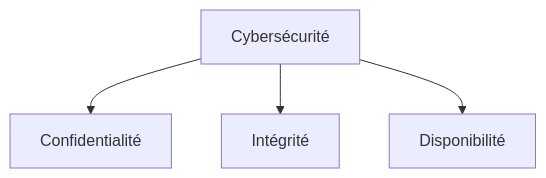
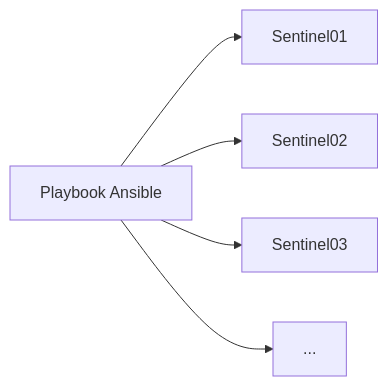
Before and after one commit to tdelaclos/formations: the first of 4 diagrams in campagne 9/9.1.md, drawn with Mermaid. The commit also changed other lines of this file, not shown here.

````diff
--- a/campagne 9/9.1.md
+++ b/campagne 9/9.1.md
@@ -150,9 +106,13 @@
 ```mermaid
-flowchart TD
+flowchart LR
 
-S[Cybersécurité]
+    PLAYBOOK[Playbook Ansible]
 
-S --> C[Confidentialité]
-S --> I[Intégrité]
-S --> D[Disponibilité]
+    PLAYBOOK --> S1[Sentinel01]
+
+    PLAYBOOK --> S2[Sentinel02]
+
+    PLAYBOOK --> S3[Sentinel03]
+
+    PLAYBOOK --> S4[...]
 ```
````
